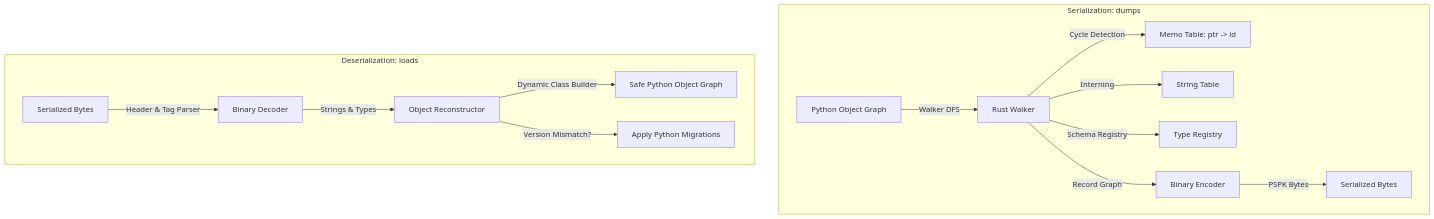
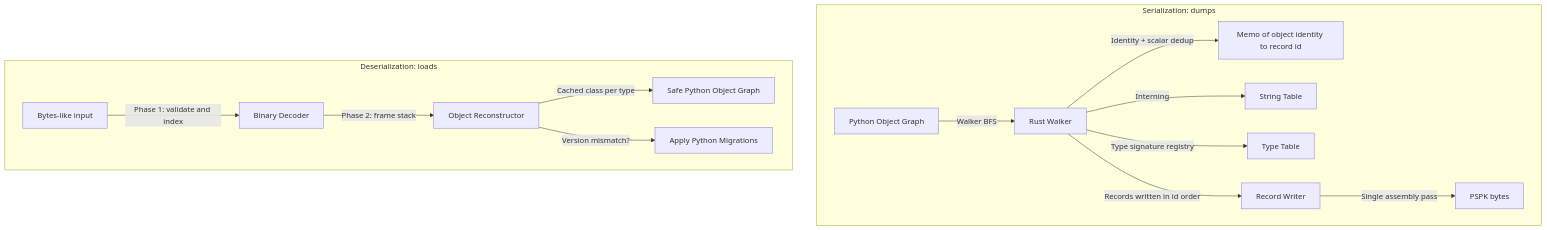
One commit to Abdullah-Masood-05/pygraph changed the diagram in docs/architecture/rust-engine.md. Above: the diagram before and after it, drawn with Mermaid. The commit also changed other lines of this file and 17 other files, not shown here.

````diff
--- a/docs/architecture/rust-engine.md
+++ b/docs/architecture/rust-engine.md
@@ -9,18 +19,18 @@
 ```mermaid
 graph TD
     subgraph Serialization: dumps
-        PyObj[Python Object Graph] -->|Walker DFS| Walker[Rust Walker]
-        Walker -->|Cycle Detection| Memo[Memo Table: ptr -> id]
+        PyObj[Python Object Graph] -->|Walker BFS| Walker[Rust Walker]
+        Walker -->|Identity + scalar dedup| Memo[Memo of object identity to record id]
         Walker -->|Interning| StrTable[String Table]
-        Walker -->|Schema Registry| TypeTable[Type Registry]
-        Walker -->|Record Graph| Encoder[Binary Encoder]
-        Encoder -->|PSPK Bytes| OutBytes[Serialized Bytes]
+        Walker -->|Type signature registry| TypeTable[Type Table]
+        Walker -->|Records written in id order| Writer[Record Writer]
+        Writer -->|Single assembly pass| OutBytes[PSPK bytes]
     end
 
     subgraph Deserialization: loads
-        InBytes[Serialized Bytes] -->|Header & Tag Parser| Decoder[Binary Decoder]
-        Decoder -->|Strings & Types| Reconstruct[Object Reconstructor]
-        Reconstruct -->|Dynamic Class Builder| PyDataclass[Safe Python Object Graph]
-        Reconstruct -->|Version Mismatch?| Migrations[Apply Python Migrations]
+        InBytes[Bytes-like input] -->|Phase 1: validate and index| Decoder[Binary Decoder]
+        Decoder -->|Phase 2: frame stack| Reconstruct[Object Reconstructor]
+        Reconstruct -->|Cached class per type| PyDataclass[Safe Python Object Graph]
+        Reconstruct -->|Version mismatch?| Migrations[Apply Python Migrations]
     end
 ```
````
